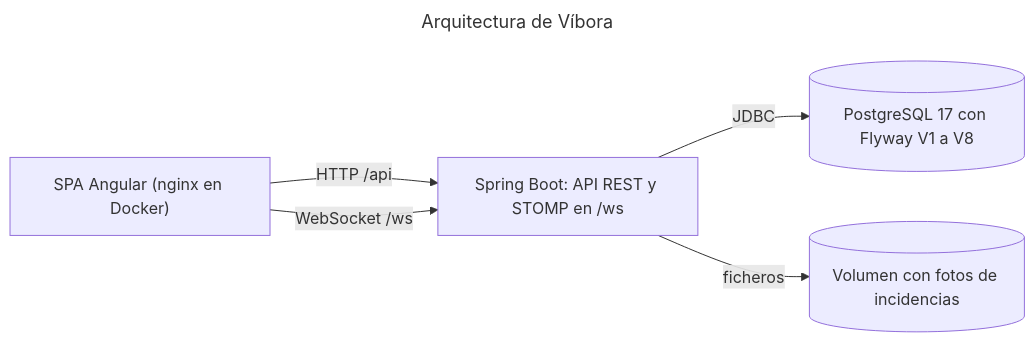
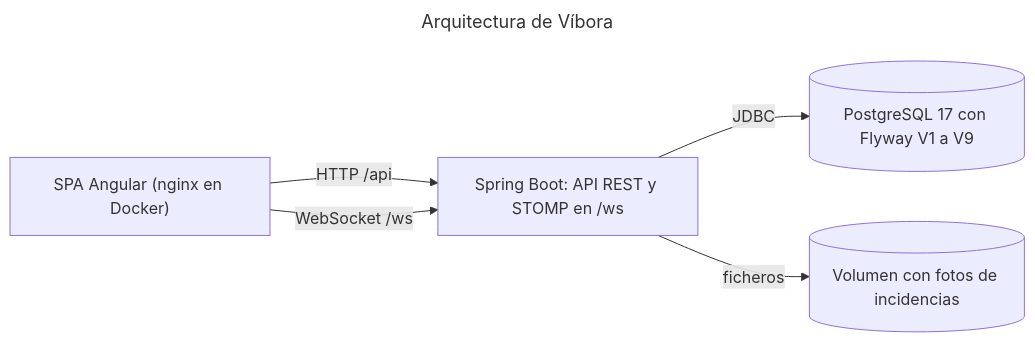
One commit to christianoller8/vibora changed the first of 2 diagrams in README.es.md. Above: the diagram before and after it, drawn with Mermaid. The commit also changed other lines of this file and 45 other files, not shown here.

````diff
--- a/README.es.md
+++ b/README.es.md
@@ -124,14 +124,14 @@
 ```mermaid
 ---
 title: Arquitectura de Víbora
 ---
 flowchart LR
     spa["SPA Angular (nginx en Docker)"]
     api["Spring Boot: API REST y STOMP en /ws"]
-    db[("PostgreSQL 17 con Flyway V1 a V8")]
+    db[("PostgreSQL 17 con Flyway V1 a V9")]
     files[("Volumen con fotos de incidencias")]
     spa -->|"HTTP /api"| api
     spa -->|"WebSocket /ws"| api
     api -->|"JDBC"| db
     api -->|"ficheros"| files
 ```
````
